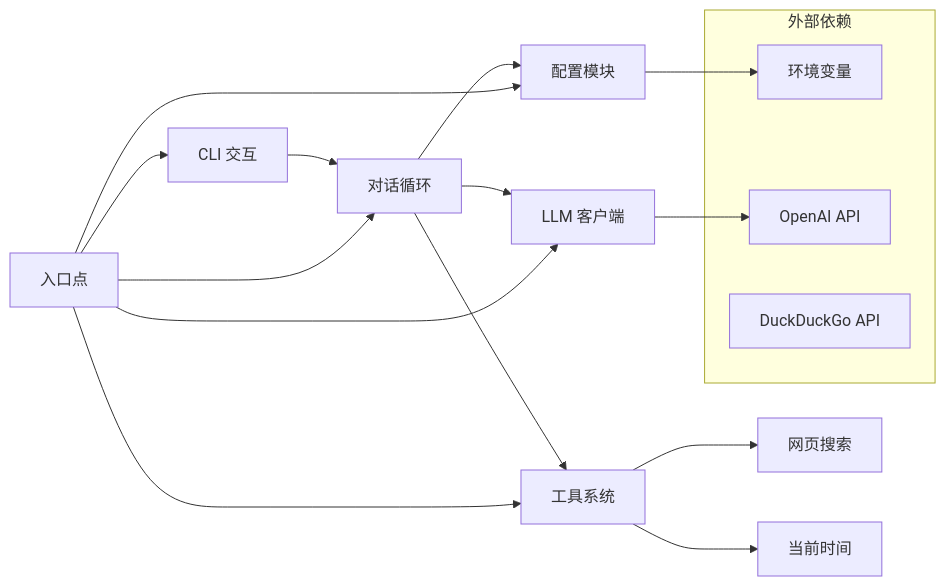
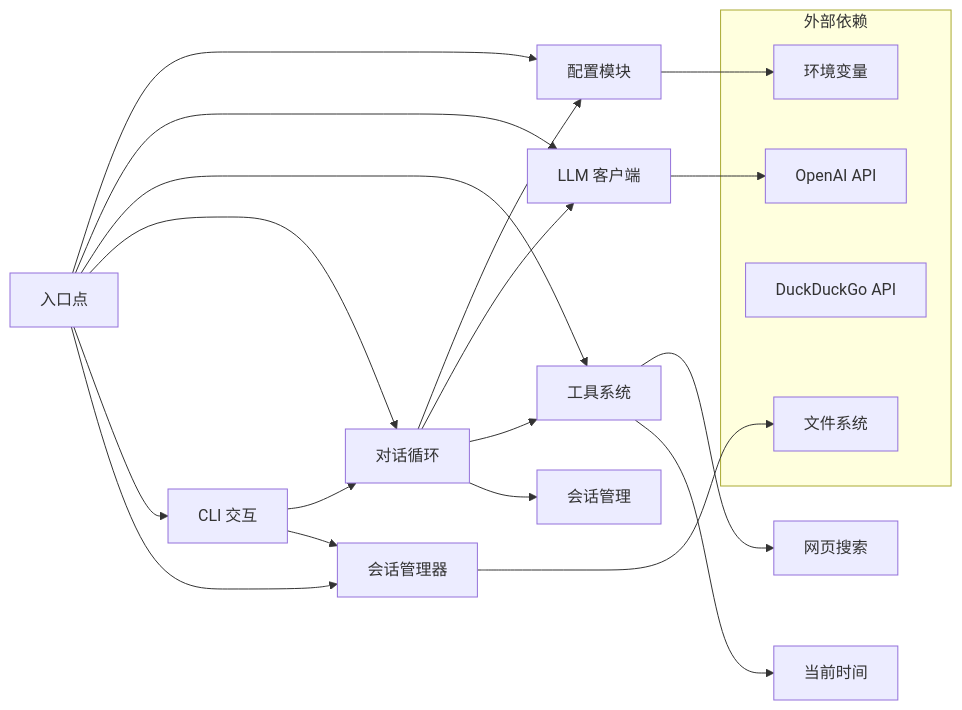
One commit to 250shiwo/MySmallAgent changed diagram 11 of 11 in .qoder/repowiki/zh/content/核心模块详解/Agent 对话循环.md. Above: the diagram before and after it, drawn with Mermaid. The commit also changed other lines of this file and 34 other files, not shown here.

````diff
--- a/.qoder/repowiki/zh/content/核心模块详解/Agent 对话循环.md
+++ b/.qoder/repowiki/zh/content/核心模块详解/Agent 对话循环.md
@@ -493,21 +567,26 @@
 ```mermaid
 graph LR
 subgraph "外部依赖"
 Env[环境变量]
 OpenAI[OpenAI API]
 DuckDuckGo[DuckDuckGo API]
+FileSystem[文件系统]
 end
 Config[配置模块] --> Env
 LLM[LLM 客户端] --> OpenAI
 Agent[对话循环] --> Config
 Agent --> LLM
 Agent --> Tools[工具系统]
+Agent --> Session[会话管理]
 Tools --> WebSearch[网页搜索]
 Tools --> CurrentTime[当前时间]
 CLI[CLI 交互] --> Agent
+CLI --> SessionManager[会话管理器]
+SessionManager --> FileSystem
 Main[入口点] --> Config
 Main --> LLM
 Main --> Tools
 Main --> Agent
 Main --> CLI
+Main --> SessionManager
 ```
````
